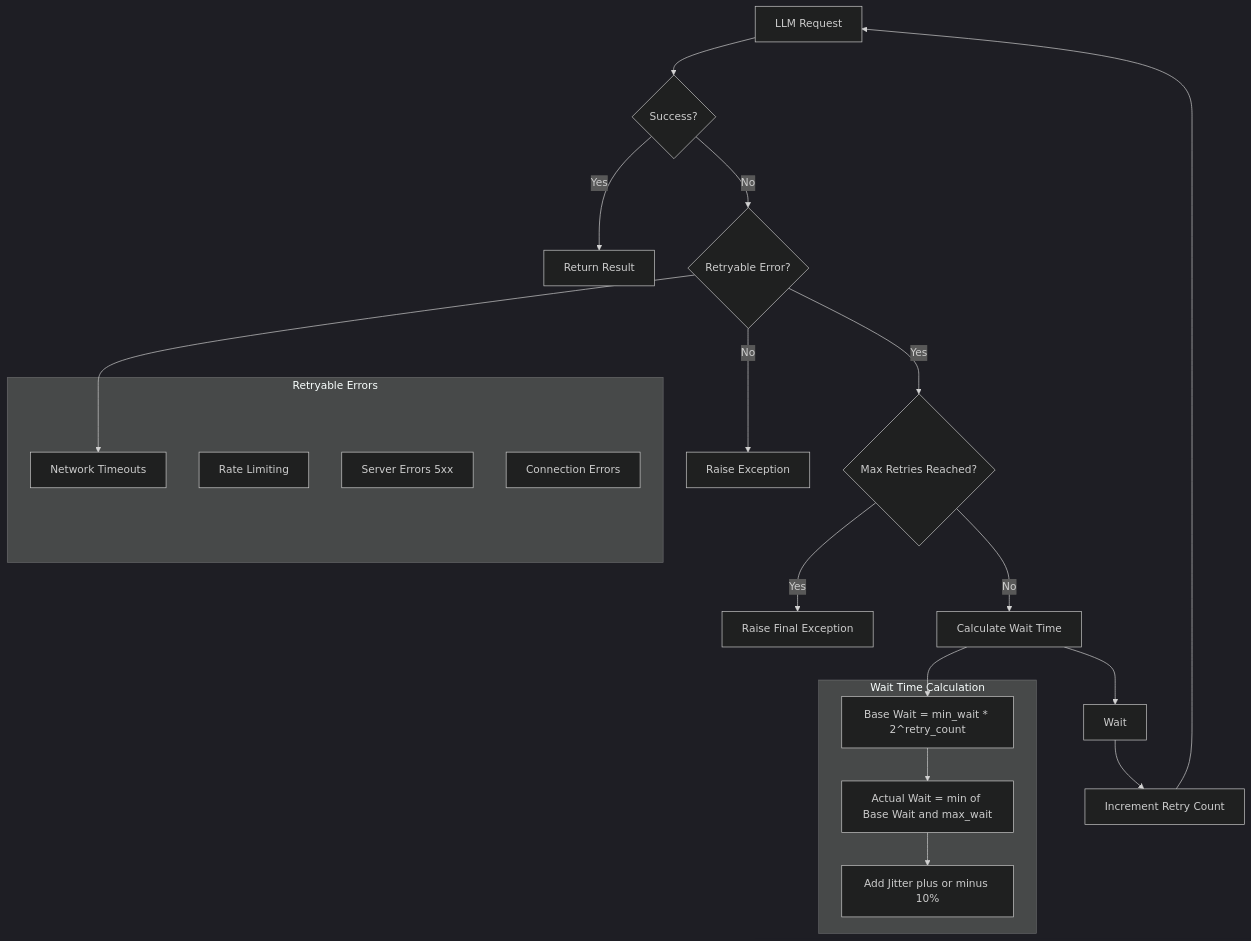
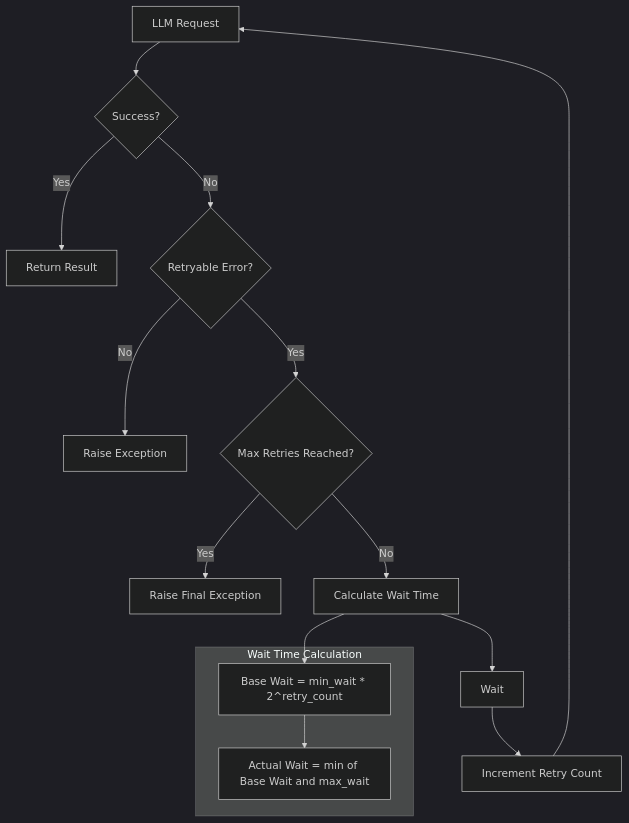
One commit to Blacksuan19/structx changed the diagram in docs/guides/retry-mechanism.md. Above: the diagram before and after it, drawn with Mermaid (dark theme). The commit also changed other lines of this file and 19 other files, not shown here.

````diff
--- a/docs/guides/retry-mechanism.md
+++ b/docs/guides/retry-mechanism.md
@@ -49,35 +49,24 @@
 ```mermaid
 graph TD
     A[LLM Request] --> B{Success?}
     B -->|Yes| C[Return Result]
     B -->|No| D{Retryable Error?}
 
     D -->|No| E[Raise Exception]
     D -->|Yes| F{Max Retries Reached?}
 
     F -->|Yes| G[Raise Final Exception]
     F -->|No| H[Calculate Wait Time]
 
     H --> I[Wait]
     I --> J[Increment Retry Count]
     J --> A
 
     subgraph "Wait Time Calculation"
         K["Base Wait = min_wait * 2^retry_count"]
         L["Actual Wait = min of Base Wait and max_wait"]
-        M["Add Jitter plus or minus 10%"]
     end
 
     H --> K
     K --> L
-    L --> M
-
-    subgraph "Retryable Errors"
-        N[Network Timeouts]
-        O[Rate Limiting]
-        P[Server Errors 5xx]
-        Q[Connection Errors]
-    end
-
-    D --> N
 ```
````
